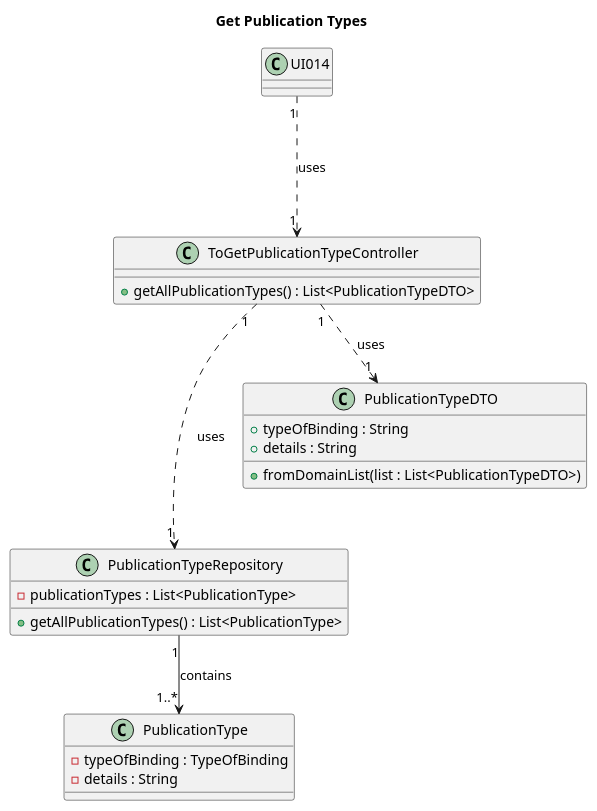
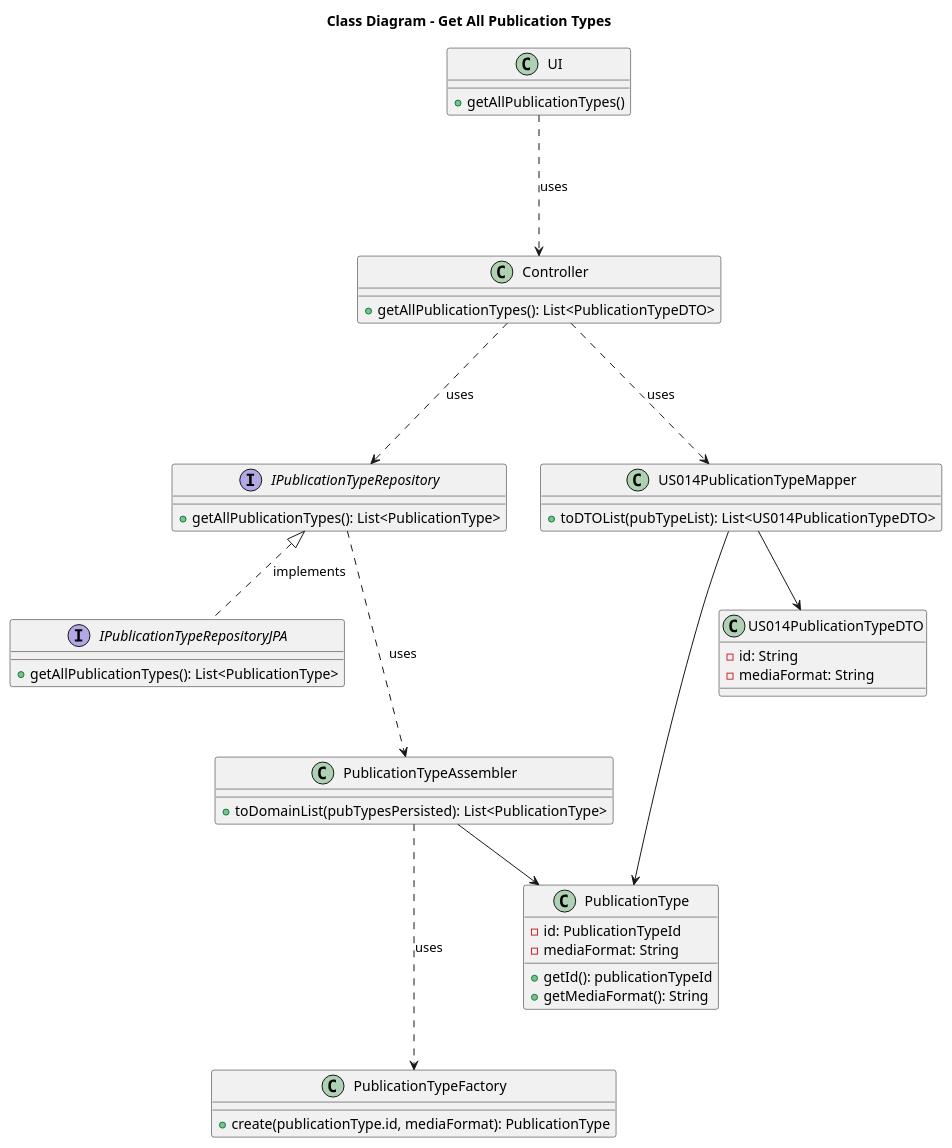
The diagram in Diagrams/ClassDiagrams/To-get-publitaction-type-list.puml (AndrePereiraGitH/SWitCH-Project-Team_A), drawn with PlantUML before and after one commit. The commit also changed 2 other files, not shown here.

Commit message:
docs #652: restructure functionality To-Get-All-Publication-Types-List sequence diagrams and class diagram to include persistence

```diff
--- a/Diagrams/ClassDiagrams/To-get-publitaction-type-list.puml
+++ b/Diagrams/ClassDiagrams/To-get-publitaction-type-list.puml
@@ -1,31 +1,65 @@
 @startuml
-title Get Publication Types
+title Class Diagram - Get All Publication Types
 
-class UI014{}
-
-class ToGetPublicationTypeController {
-    +getAllPublicationTypes() : List<PublicationTypeDTO>
+' ====== UI & Controller ======
+class UI {
+  +getAllPublicationTypes()
 }
 
-class PublicationTypeRepository {
-    -publicationTypes : List<PublicationType>
-    +getAllPublicationTypes() : List<PublicationType>
+class Controller {
+  +getAllPublicationTypes(): List<PublicationTypeDTO>
 }
 
-class PublicationTypeDTO {
-    +typeOfBinding : String
-    +details : String
+UI -.-> Controller : uses
 
-    +fromDomainList(list : List<PublicationTypeDTO>)
+' ====== Repository Layer ======
+interface IPublicationTypeRepository {
+  +getAllPublicationTypes(): List<PublicationType>
 }
 
-class PublicationType {
-    -typeOfBinding : TypeOfBinding
-    -details : String
+interface IPublicationTypeRepositoryJPA {
+  +getAllPublicationTypes(): List<PublicationType>
 }
 
-UI014 "1" -.-> "1" ToGetPublicationTypeController : uses
-ToGetPublicationTypeController "1" -.-> "1" PublicationTypeRepository : uses
-ToGetPublicationTypeController "1" -.> "1" PublicationTypeDTO : uses
-PublicationTypeRepository "1" --> "1..*" PublicationType : contains
+IPublicationTypeRepository <|.. IPublicationTypeRepositoryJPA : implements
+
+Controller -.-> IPublicationTypeRepository : uses
+
+
+' ====== Domain ======
+class PublicationType {
+  -id: PublicationTypeId
+  -mediaFormat: String
+  +getId(): publicationTypeId
+  +getMediaFormat(): String
+}
+
+' ====== Assembler & Factory ======
+class PublicationTypeAssembler {
+  +toDomainList(pubTypesPersisted): List<PublicationType>
+}
+
+class PublicationTypeFactory {
+  +create(publicationType.id, mediaFormat): PublicationType
+}
+
+PublicationTypeAssembler -.-> PublicationTypeFactory : uses
+PublicationTypeAssembler --> PublicationType
+
+IPublicationTypeRepository -.-> PublicationTypeAssembler : uses
+
+' ====== DTO & Mapper ======
+class US014PublicationTypeDTO {
+  -id: String
+  -mediaFormat: String
+}
+
+class US014PublicationTypeMapper {
+  +toDTOList(pubTypeList): List<US014PublicationTypeDTO>
+}
+
+Controller -.-> US014PublicationTypeMapper : uses
+US014PublicationTypeMapper --> PublicationType
+US014PublicationTypeMapper --> US014PublicationTypeDTO
+
 @enduml
```
